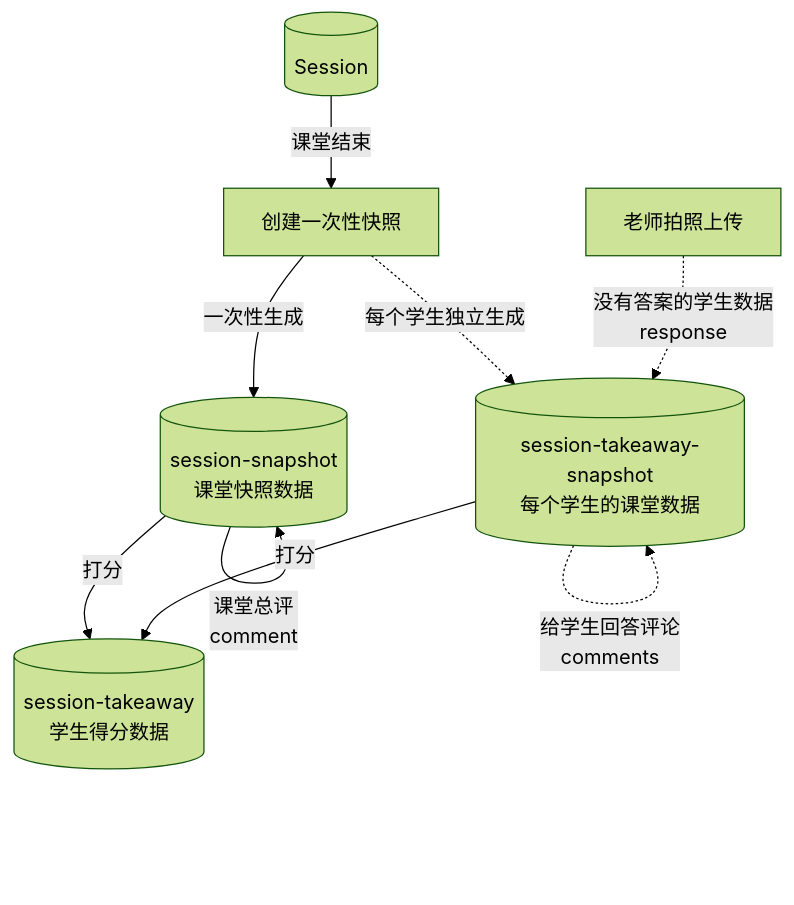
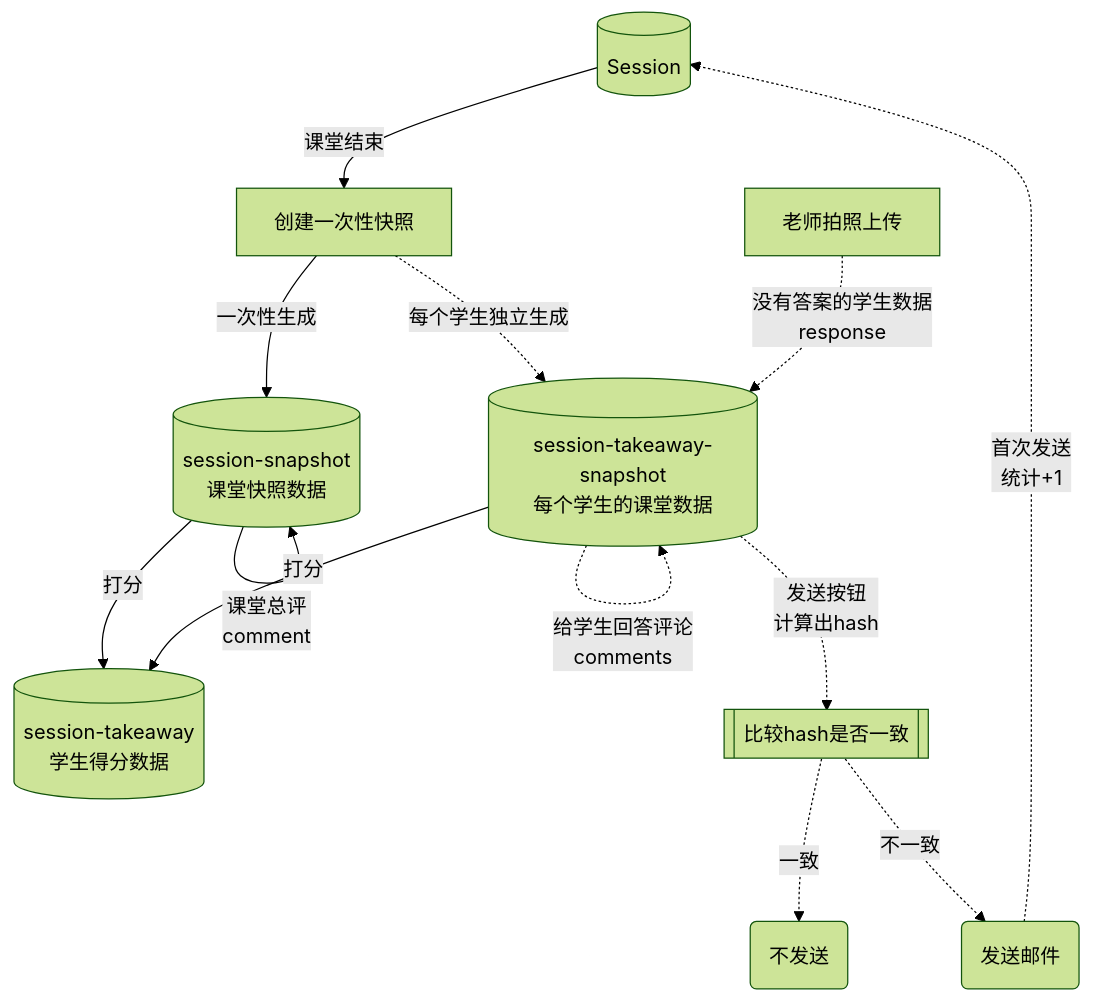
One commit to zran-nz/doc changed the diagram in fio/session-takeaway.md. Above: the diagram before and after it, drawn with Mermaid (forest theme). The commit also changed other lines of this file, not shown here.

````diff
--- a/fio/session-takeaway.md
+++ b/fio/session-takeaway.md
@@ -3,11 +3,16 @@
 ```mermaid
 graph TD
     A[(Session)] -->|课堂结束| S[创建一次性快照]
     S -->|一次性生成| SA[(session-snapshot<br>课堂快照数据)]
     S -.->|每个学生独立生成| SS[(session-takeaway-snapshot<br>每个学生的课堂数据)]
     SA -->|打分| T[(session-takeaway<br>学生得分数据)]
     SS -->|打分| T
     TU[老师拍照上传] -.->|没有答案的学生数据<br>response| SS
     SS -.->|给学生回答评论<br>comments| SS
     SA -->|课堂总评<br>comment| SA
+    SS -.->|发送按钮<br>计算出hash| HC[[比较hash是否一致]]
+    HC -.->|一致| EN(不发送)
+    HC -.->|不一致| E(发送邮件)
+    E -.->|首次发送<br>统计+1| A
+
 ```
````
